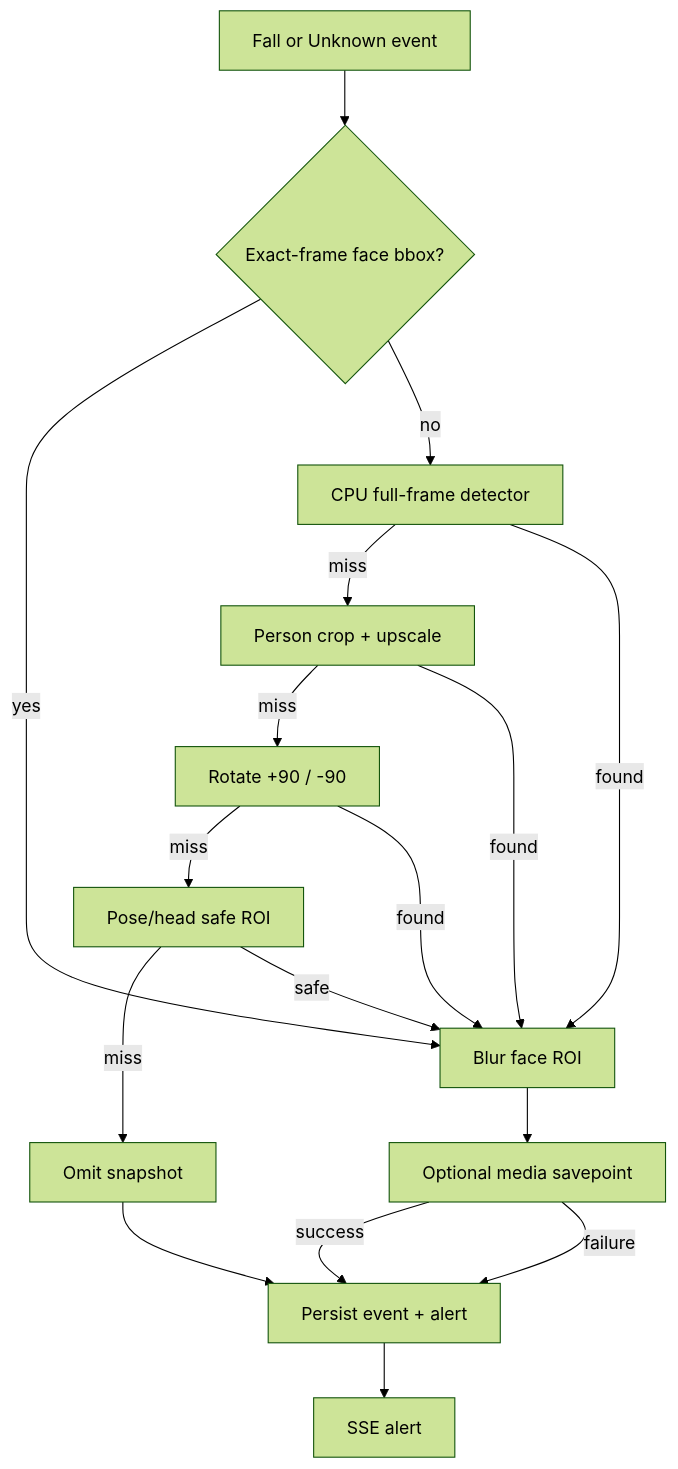
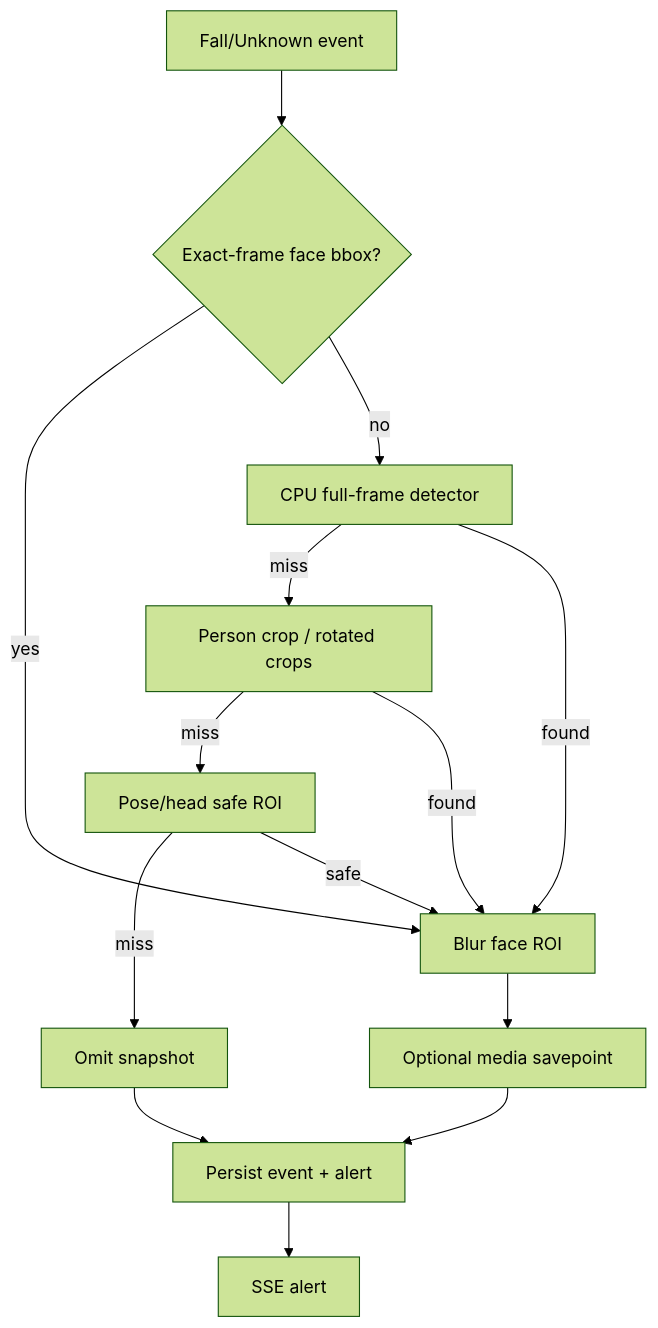
One commit to daoquocdai/P227 changed the sixth of 7 diagrams in docs/architecture_diagram.md. Above: the diagram before and after it, drawn with Mermaid (forest theme). The commit also changed other lines of this file and 7 other files, not shown here.

Commit message:
docs: align setup API and architecture with develop

````diff
--- a/docs/architecture_diagram.md
+++ b/docs/architecture_diagram.md
@@ -110,19 +100,16 @@
 ```mermaid
 flowchart TD
-    EVENT[Fall or Unknown event] --> EXACT{Exact-frame face bbox?}
+    EVENT[Fall/Unknown event] --> EXACT{Exact-frame face bbox?}
     EXACT -->|yes| BLUR[Blur face ROI]
     EXACT -->|no| FULL[CPU full-frame detector]
-    FULL -->|miss| CROP[Person crop + upscale]
-    CROP -->|miss| ROTATE[Rotate +90 / -90]
-    ROTATE -->|miss| POSE[Pose/head safe ROI]
+    FULL -->|miss| CROP[Person crop / rotated crops]
+    CROP -->|miss| POSE[Pose/head safe ROI]
     POSE -->|miss| OMIT[Omit snapshot]
     FULL -->|found| BLUR
     CROP -->|found| BLUR
-    ROTATE -->|found| BLUR
     POSE -->|safe| BLUR
     BLUR --> MEDIA[Optional media savepoint]
     OMIT --> PERSIST[Persist event + alert]
-    MEDIA -->|success| PERSIST
-    MEDIA -->|failure| PERSIST
+    MEDIA --> PERSIST
     PERSIST --> SSE[SSE alert]
 ```
````
